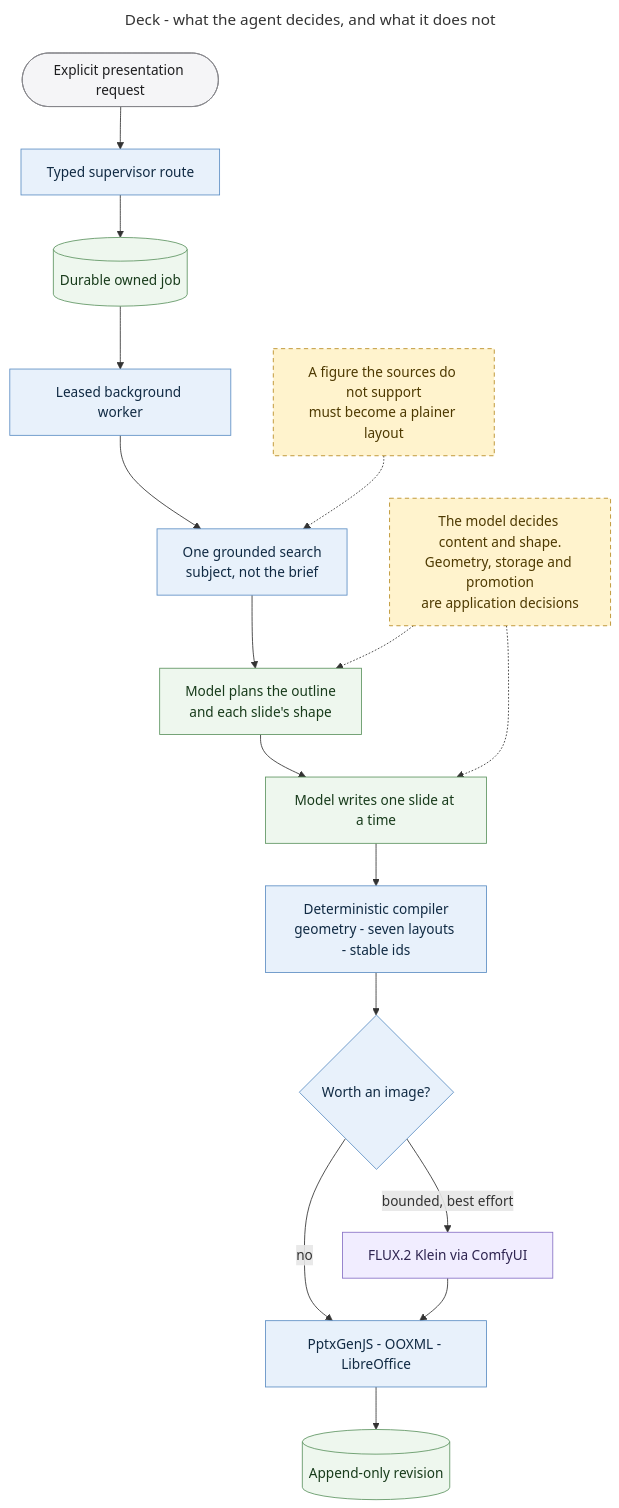
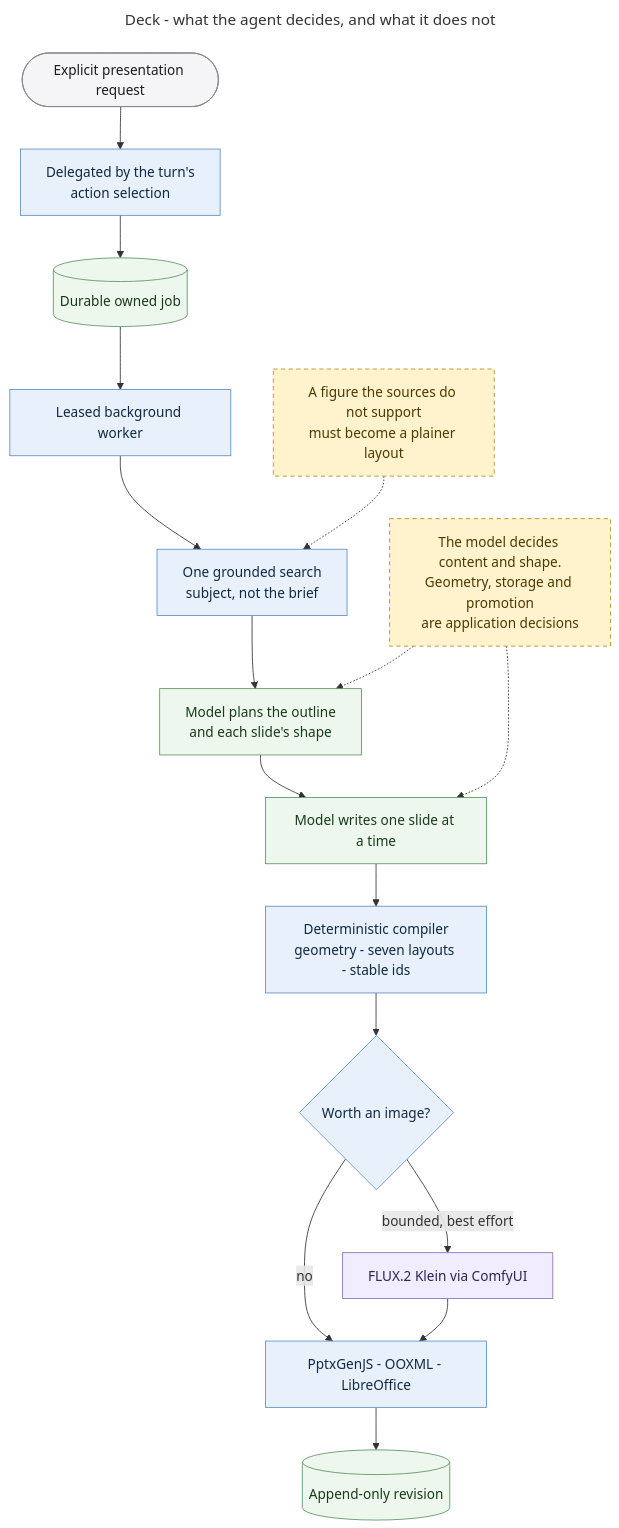
One commit to MallyaAni/PersonalAssistant changed the diagram in docs/diagrams/agent-deck.mmd. Above: the diagram before and after it, drawn with Mermaid. The commit also changed 55 other files, not shown here.

```diff
--- a/docs/diagrams/agent-deck.mmd
+++ b/docs/diagrams/agent-deck.mmd
@@ -1,37 +1,37 @@
 ---
 title: Deck - what the agent decides, and what it does not
 ---
 flowchart TB
-    Ask([Explicit presentation request]) --> Supervisor[Typed supervisor route]
+    Ask([Explicit presentation request]) --> Supervisor[Delegated by the turn's<br/>action selection]
     Supervisor --> Job[(Durable owned job)]
     Job --> Worker[Leased background worker]
 
     Worker --> Research[One grounded search<br/>subject, not the brief]
     Research --> Outline[Model plans the outline<br/>and each slide's shape]
     Outline --> Slide[Model writes one slide at a time]
 
     Slide --> Compile[Deterministic compiler<br/>geometry - seven layouts - stable ids]
     Compile --> Visual{Worth an image?}
     Visual -->|bounded, best effort| Image[FLUX.2 Klein via ComfyUI]
     Visual -->|no| Render
     Image --> Render[PptxGenJS - OOXML - LibreOffice]
     Render --> Revision[(Append-only revision)]
 
     Decides[The model decides content and shape.<br/>Geometry, storage and promotion<br/>are application decisions]
     Decides -.-> Outline
     Decides -.-> Slide
 
     Boundary[A figure the sources do not support<br/>must become a plainer layout]
     Boundary -.-> Research
 
     classDef interface fill:#f5f5f7,stroke:#86868b,color:#1d1d1f;
     classDef application fill:#e8f1fb,stroke:#5e8fc4,color:#102a43;
     classDef data fill:#eef7ee,stroke:#5f9562,color:#183b1b;
     classDef external fill:#f1edff,stroke:#8872c6,color:#2e2450;
     classDef warning fill:#fff3cd,stroke:#b78b20,color:#4d3900,stroke-dasharray:5 4;
     class Ask interface;
     class Supervisor,Worker,Compile,Visual,Render,Research application;
     class Job,Revision data;
     class Image external;
     class Outline,Slide data;
     class Decides,Boundary warning;
```
